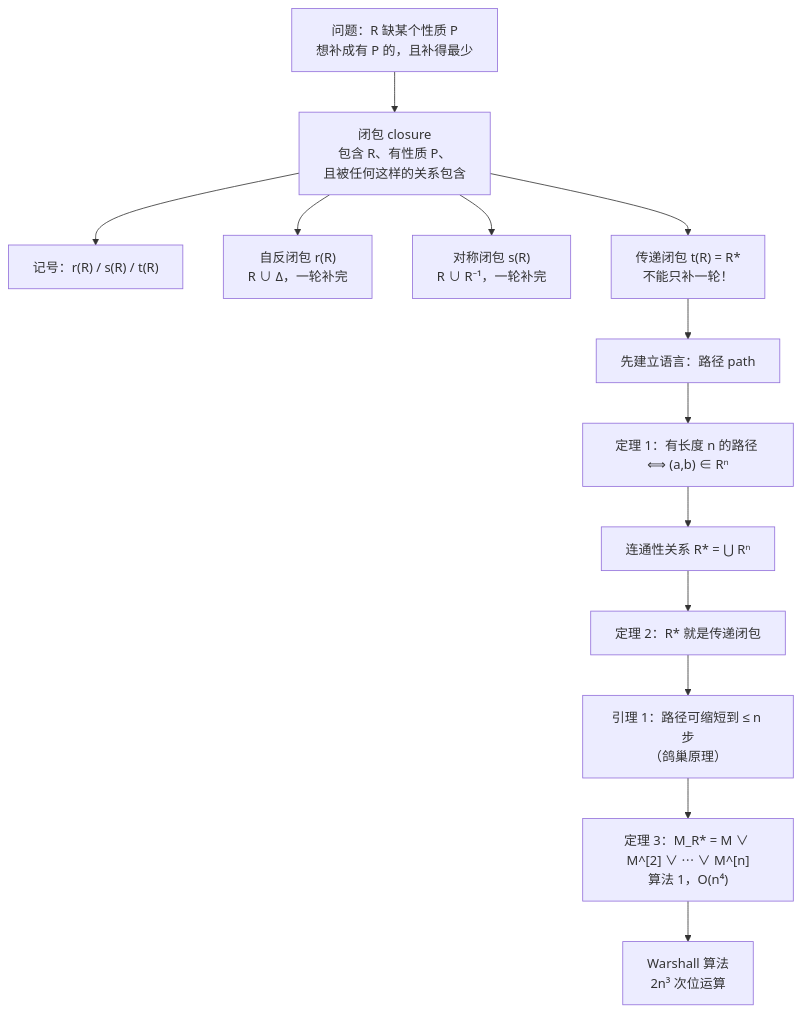
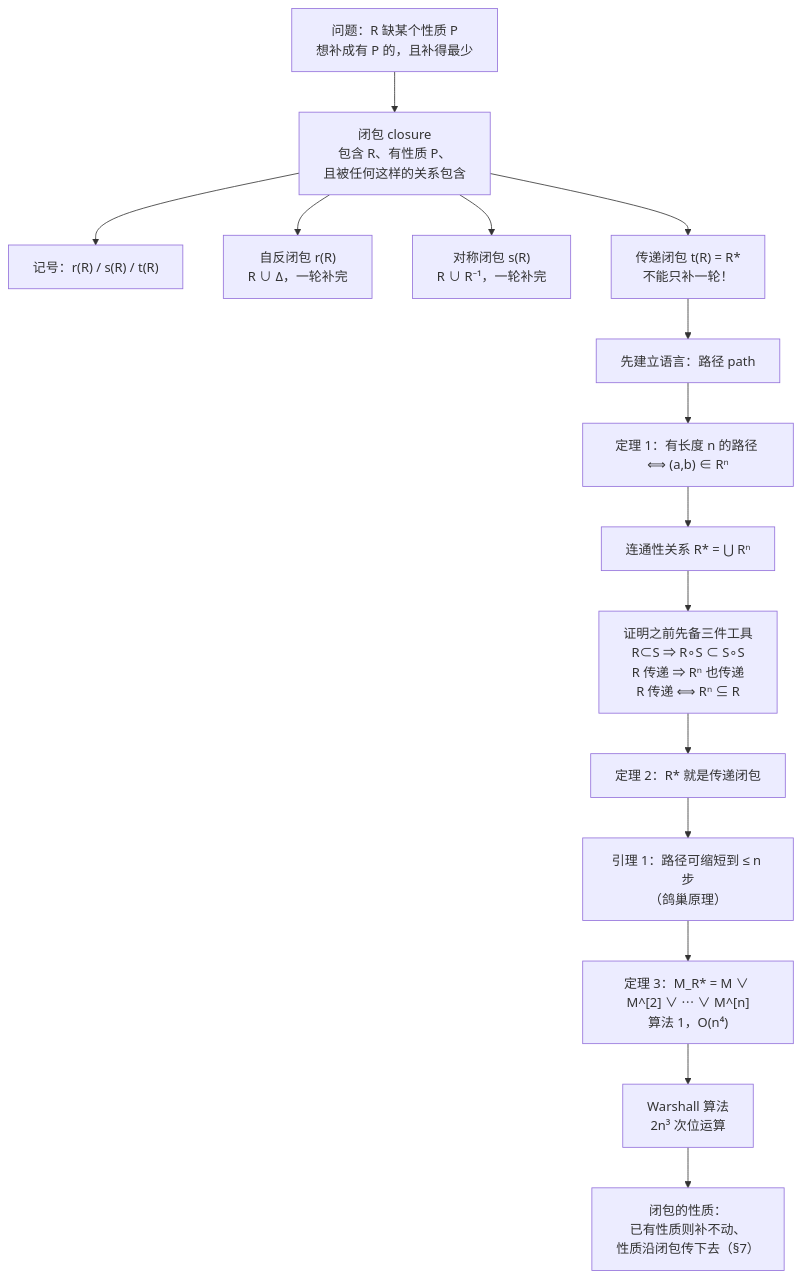
Before and after one commit to KayeAdams515/ClaudeNotes: the diagram in 离散数学/C9.4 关系的闭包 Closures of Relations.md, drawn with Mermaid. The commit also changed other lines of this file and 777 other files, not shown here.

````diff
--- a/离散数学/C9.4 关系的闭包 Closures of Relations.md
+++ b/离散数学/C9.4 关系的闭包 Closures of Relations.md
@@ -33,15 +36,17 @@
 ```mermaid
 graph TD
     P["问题：R 缺某个性质 P<br/>想补成有 P 的，且补得最少"] --> D["闭包 closure<br/>包含 R、有性质 P、<br/>且被任何这样的关系包含"]
     D --> N["记号：r(R) / s(R) / t(R)"]
     D --> A["自反闭包 r(R)<br/>R ∪ Δ，一轮补完"]
     D --> B["对称闭包 s(R)<br/>R ∪ R⁻¹，一轮补完"]
     D --> C["传递闭包 t(R) = R*<br/>不能只补一轮！"]
     C --> E["先建立语言：路径 path"]
     E --> E1["定理 1：有长度 n 的路径 ⟺ (a,b) ∈ Rⁿ"]
     E1 --> F["连通性关系 R* = ⋃ Rⁿ"]
-    F --> G["定理 2：R* 就是传递闭包"]
+    F --> T["证明之前先备三件工具<br/>R⊂S ⇒ R∘S ⊂ S∘S<br/>R 传递 ⇒ Rⁿ 也传递<br/>R 传递 ⟺ Rⁿ ⊆ R"]
+    T --> G["定理 2：R* 就是传递闭包"]
     G --> H["引理 1：路径可缩短到 ≤ n 步<br/>（鸽巢原理）"]
     H --> I["定理 3：M_R* = M ∨ M^[2] ∨ ⋯ ∨ M^[n]<br/>算法 1，O(n⁴)"]
     I --> J["Warshall 算法<br/>2n³ 次位运算"]
+    J --> K["闭包的性质：<br/>已有性质则补不动、<br/>性质沿闭包传下去（§7）"]
 ```
````
